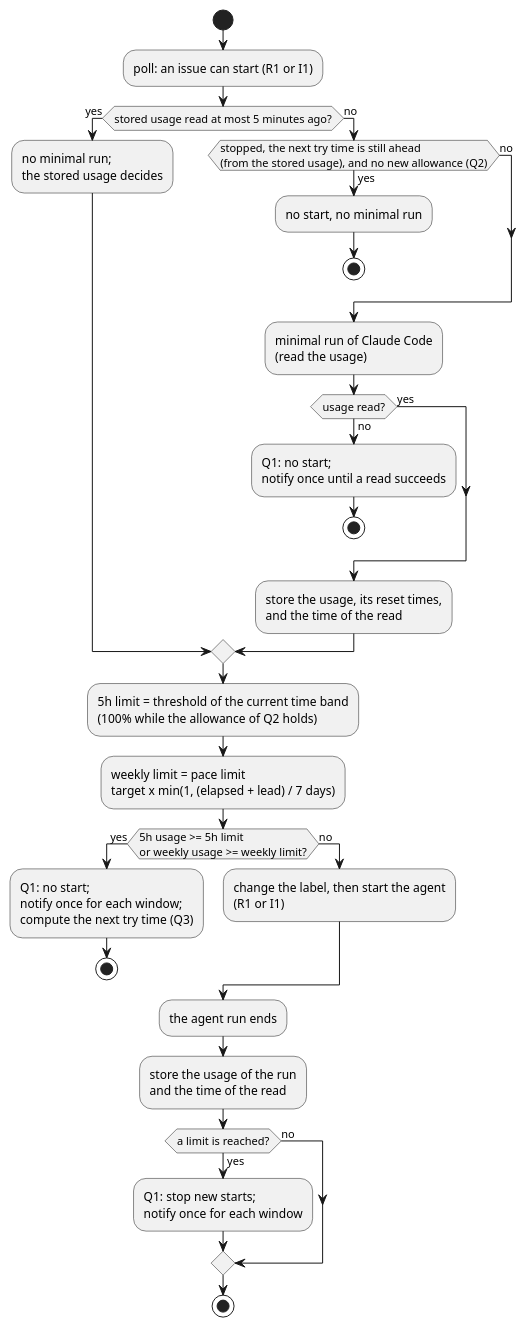
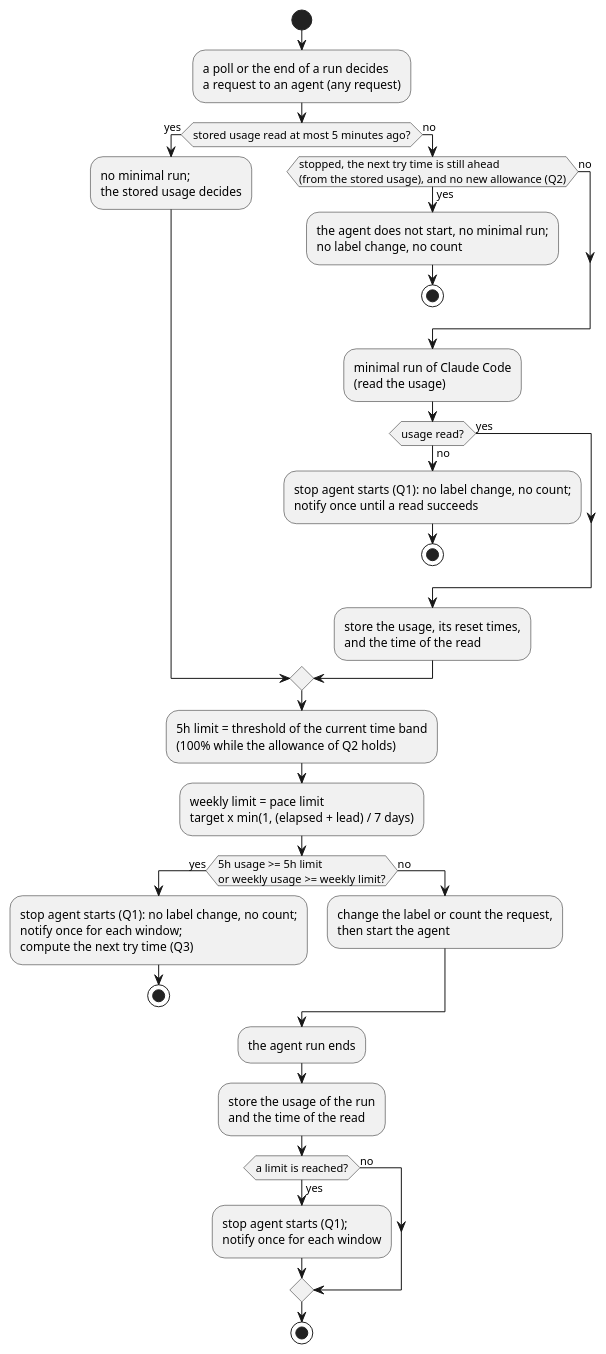
Before and after one commit to cloveclovedev/cumin-works: the diagram in docs/ja/designs/quota-start.puml, drawn with PlantUML. The commit also changed 25 other files, not shown here.

First line of the commit message:
feat(workflow): decide from the quota usage before every start of an agent (#572)

```diff
--- a/docs/ja/designs/quota-start.puml
+++ b/docs/ja/designs/quota-start.puml
@@ -1,41 +1,41 @@
 @startuml quota-start
-' cumin works - the quota check before a new start (R1, I1) and after a run.
+' cumin works - the quota check before every start of an agent and after a run.
 ' Document: quota.md, section on the check before a start.
 ' Render: run scripts/render-diagrams.sh at the root of the repository.
 skinparam shadowing false
 skinparam defaultFontName sans-serif
 
 start
-:poll: an issue can start (R1 or I1);
+:a poll or the end of a run decides\na request to an agent (any request);
 if (stored usage read at most 5 minutes ago?) then (yes)
   :no minimal run;\nthe stored usage decides;
 else (no)
 if (stopped, the next try time is still ahead\n(from the stored usage), and no new allowance (Q2)) then (yes)
-  :no start, no minimal run;
+  :the agent does not start, no minimal run;\nno label change, no count;
   stop
 else (no)
 endif
 :minimal run of Claude Code\n(read the usage);
 if (usage read?) then (no)
-  :Q1: no start;\nnotify once until a read succeeds;
+  :stop agent starts (Q1): no label change, no count;\nnotify once until a read succeeds;
   stop
 else (yes)
 endif
 :store the usage, its reset times,\nand the time of the read;
 endif
 :5h limit = threshold of the current time band\n(100% while the allowance of Q2 holds);
 :weekly limit = pace limit\ntarget x min(1, (elapsed + lead) / 7 days);
 if (5h usage >= 5h limit\nor weekly usage >= weekly limit?) then (yes)
-  :Q1: no start;\nnotify once for each window;\ncompute the next try time (Q3);
+  :stop agent starts (Q1): no label change, no count;\nnotify once for each window;\ncompute the next try time (Q3);
   stop
 else (no)
-  :change the label, then start the agent\n(R1 or I1);
+  :change the label or count the request,\nthen start the agent;
 endif
 :the agent run ends;
 :store the usage of the run\nand the time of the read;
 if (a limit is reached?) then (yes)
-  :Q1: stop new starts;\nnotify once for each window;
+  :stop agent starts (Q1);\nnotify once for each window;
 else (no)
 endif
 stop
 @enduml
```
